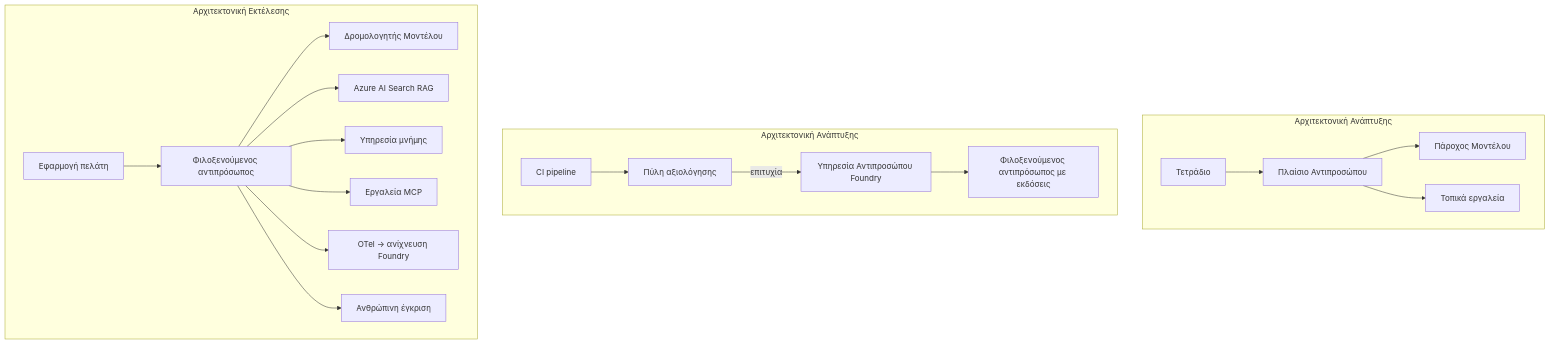
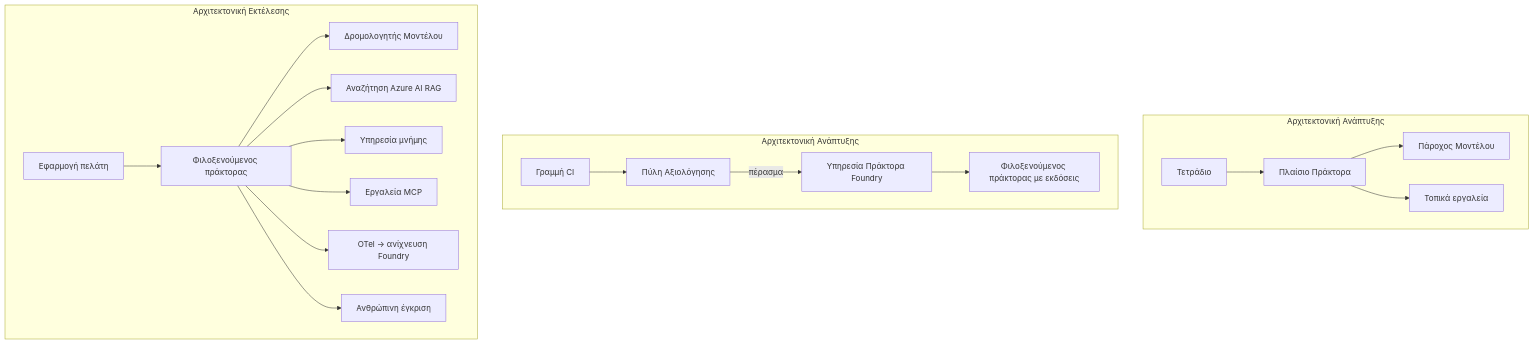
The fourth of 4 diagrams in mirrors/repos/microsoft@ai-agents-for-beginners/translations/el/16-deploying-scalable-agents/README.md (gabrielmoreira/agent-skills-mirror), drawn with Mermaid before and after one commit. The commit also changed other lines of this file and 3581 other files, not shown here.

````diff
--- a/mirrors/repos/microsoft@ai-agents-for-beginners/translations/el/16-deploying-scalable-agents/README.md
+++ b/mirrors/repos/microsoft@ai-agents-for-beginners/translations/el/16-deploying-scalable-agents/README.md
@@ -185,22 +185,22 @@
 ```mermaid
 flowchart TB
     subgraph Dev[Αρχιτεκτονική Ανάπτυξης]
-        D1[Τετράδιο] --> D2[Πλαίσιο Αντιπροσώπου]
+        D1[Τετράδιο] --> D2[Πλαίσιο Πράκτορα]
         D2 --> D3[Πάροχος Μοντέλου]
         D2 --> D4[Τοπικά εργαλεία]
     end
     subgraph Deploy[Αρχιτεκτονική Ανάπτυξης]
-        E1[CI pipeline] --> E2[Πύλη αξιολόγησης]
-        E2 -->|επιτυχία| E3[Υπηρεσία Αντιπροσώπου Foundry]
-        E3 --> E4[Φιλοξενούμενος αντιπρόσωπος με εκδόσεις]
+        E1[Γραμμή CI] --> E2[Πύλη Αξιολόγησης]
+        E2 -->|πέρασμα| E3[Υπηρεσία Πράκτορα Foundry]
+        E3 --> E4[Φιλοξενούμενος πράκτορας με εκδόσεις]
     end
     subgraph Run[Αρχιτεκτονική Εκτέλεσης]
-        F1[Εφαρμογή πελάτη] --> F2[Φιλοξενούμενος αντιπρόσωπος]
+        F1[Εφαρμογή πελάτη] --> F2[Φιλοξενούμενος πράκτορας]
         F2 --> F3[Δρομολογητής Μοντέλου]
-        F2 --> F4[Azure AI Search RAG]
+        F2 --> F4[Αναζήτηση Azure AI RAG]
         F2 --> F5[Υπηρεσία μνήμης]
         F2 --> F6[Εργαλεία MCP]
         F2 --> F7[OTel -> ανίχνευση Foundry]
         F2 --> F8[Ανθρώπινη έγκριση]
     end
 ```
````
